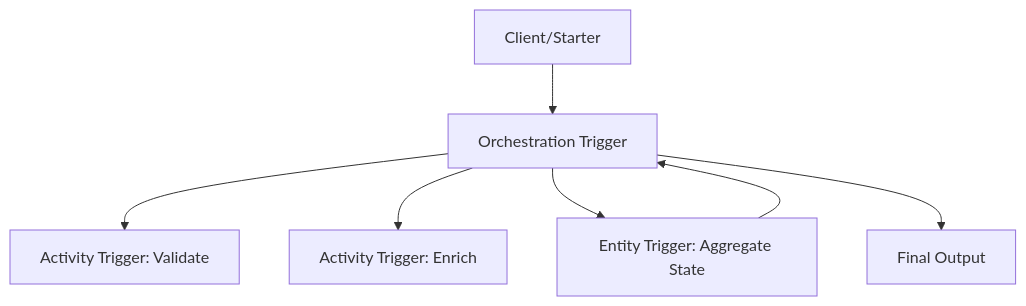
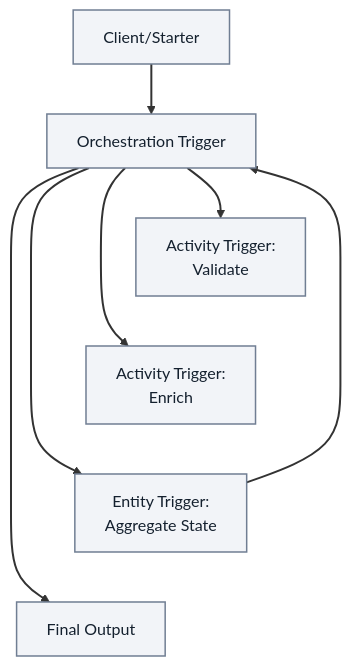
One commit to yeongseon/azure-functions-practical-guide changed the fifth of 5 diagrams in docs/platform/triggers-and-bindings.md. Above: the diagram before and after it, drawn with Mermaid. The commit also changed other lines of this file and 3 other files, not shown here.

First line of the commit message:
docs(diagrams): migrate Functions platform runtime — custom handlers and hosting and related pages (#414)

````diff
--- a/docs/platform/triggers-and-bindings.md
+++ b/docs/platform/triggers-and-bindings.md
@@ -461,9 +491,18 @@
 ```mermaid
 flowchart TD
+    accTitle: Durable orchestration, activity and entity trigger relationships
+    accDescr: A client or starter reaches orchestration, which schedules Validate and Enrich activities, calls an Aggregate State entity and produces final output. The entity can pass a value back to orchestration. These are illustrative runtime-mediated logical relationships, not direct network calls or a guaranteed ordering of activities.
     C["Client/Starter"] --> O[Orchestration Trigger]
-    O --> A1[Activity Trigger: Validate]
-    O --> A2[Activity Trigger: Enrich]
-    O --> E[Entity Trigger: Aggregate State]
+    O --> A1["Activity Trigger:<br/>Validate"]
+    O --> A2["Activity Trigger:<br/>Enrich"]
+    O --> E["Entity Trigger:<br/>Aggregate State"]
     E --> O
     O --> R[Final Output]
+    %% Layout-only links tier destinations; they add no workflow steps or semantic arrows.
+    A1 ~~~ A2
+    A2 ~~~ E
+    E ~~~ R
+    classDef baseNeutral fill:#f2f4f8,stroke:#707e93,stroke-width:1.5px,color:#14202e;
+    class C,O,A1,A2,E,R baseNeutral;
+    linkStyle default stroke-width:2px;
 ```
````
